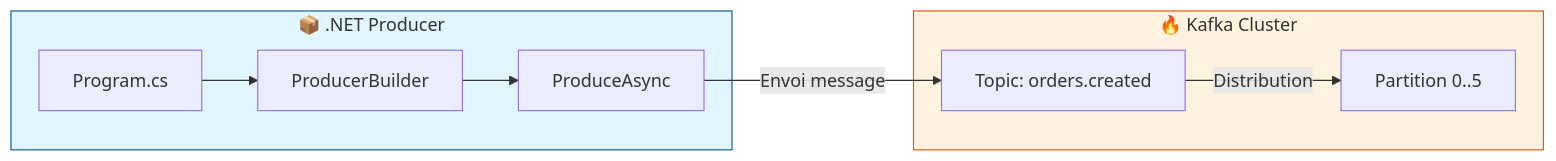
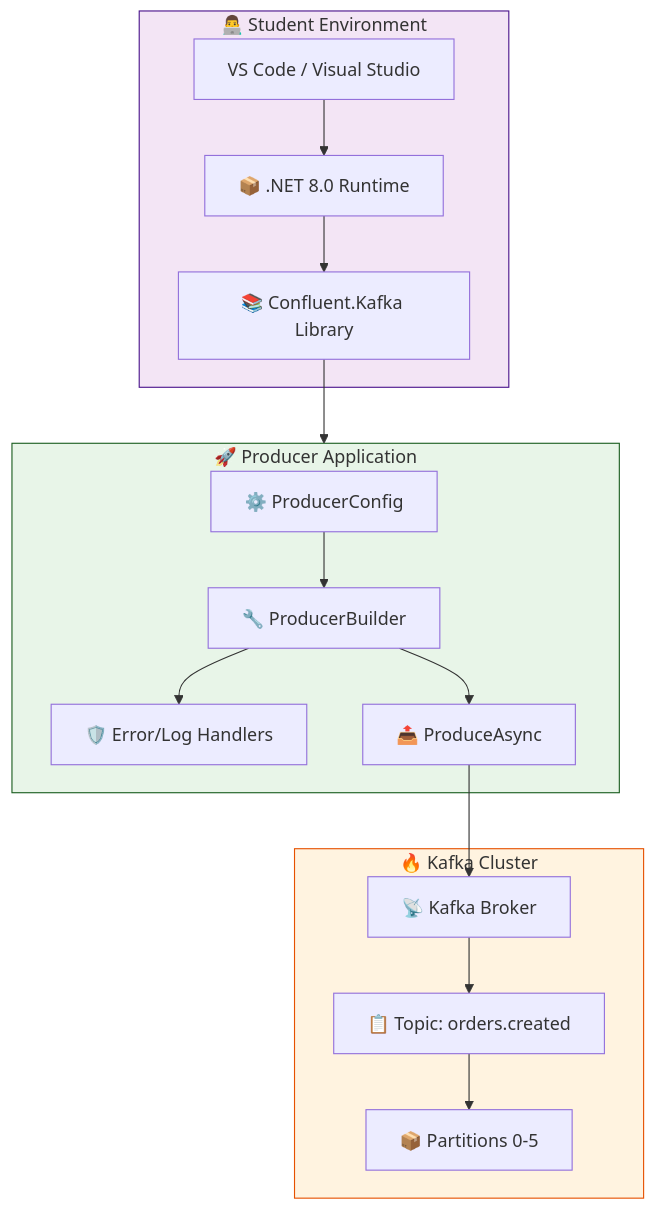
Before and after one commit to msellamiTN/formation--kafka-dotnet: the second of 10 diagrams in day-01-foundations/module-02-producer/lab-1.2a-producer-basic/README.md, drawn with Mermaid. The commit also changed other lines of this file, not shown here.

````diff
--- a/day-01-foundations/module-02-producer/lab-1.2a-producer-basic/README.md
+++ b/day-01-foundations/module-02-producer/lab-1.2a-producer-basic/README.md
@@ -11,18 +53,37 @@
 ```mermaid
-flowchart LR
-    subgraph Producer["📦 .NET Producer"]
-        A["Program.cs"] --> B["ProducerBuilder"]
-        B --> C["ProduceAsync"]
+flowchart TB
+    subgraph StudentWorkstation["👨‍💻 Student Environment"]
+        VSCode["VS Code / Visual Studio"]
+        DotNet["📦 .NET 8.0 Runtime"]
+        KafkaLib["📚 Confluent.Kafka Library"]
     end
     
-    subgraph Kafka["🔥 Kafka Cluster"]
-        D["Topic: orders.created"]
-        E["Partition 0..5"]
+    subgraph ProducerApp["🚀 Producer Application"]
+        Config["⚙️ ProducerConfig"]
+        Builder["🔧 ProducerBuilder"]
+        Handlers["🛡️ Error/Log Handlers"]
+        Sender["📤 ProduceAsync"]
     end
     
-    C -->|Envoi message| D
-    D -->|Distribution| E
+    subgraph KafkaCluster["🔥 Kafka Cluster"]
+        Broker["📡 Kafka Broker"]
+        Topic["📋 Topic: orders.created"]
+        Partitions["📦 Partitions 0-5"]
+    end
     
-    style Producer fill:#e1f5fe,stroke:#01579b
-    style Kafka fill:#fff3e0,stroke:#e65100
+    VSCode --> DotNet
+    DotNet --> KafkaLib
+    KafkaLib --> ProducerApp
+    
+    Config --> Builder
+    Builder --> Handlers
+    Builder --> Sender
+    
+    Sender --> Broker
+    Broker --> Topic
+    Topic --> Partitions
+    
+    style StudentWorkstation fill:#f3e5f5,stroke:#4a148c
+    style ProducerApp fill:#e8f5e8,stroke:#1b5e20
+    style KafkaCluster fill:#fff3e0,stroke:#e65100
 ```
````
